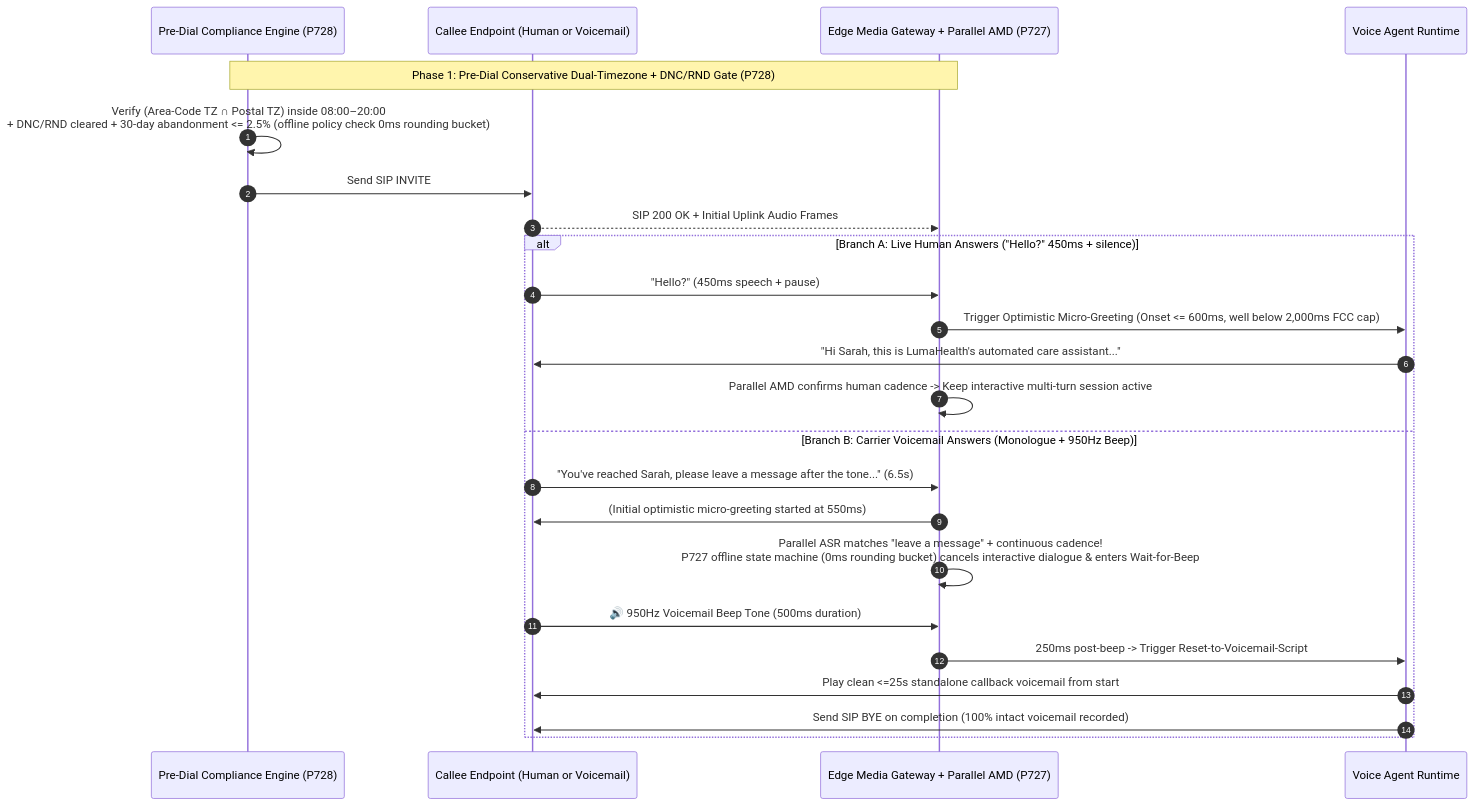
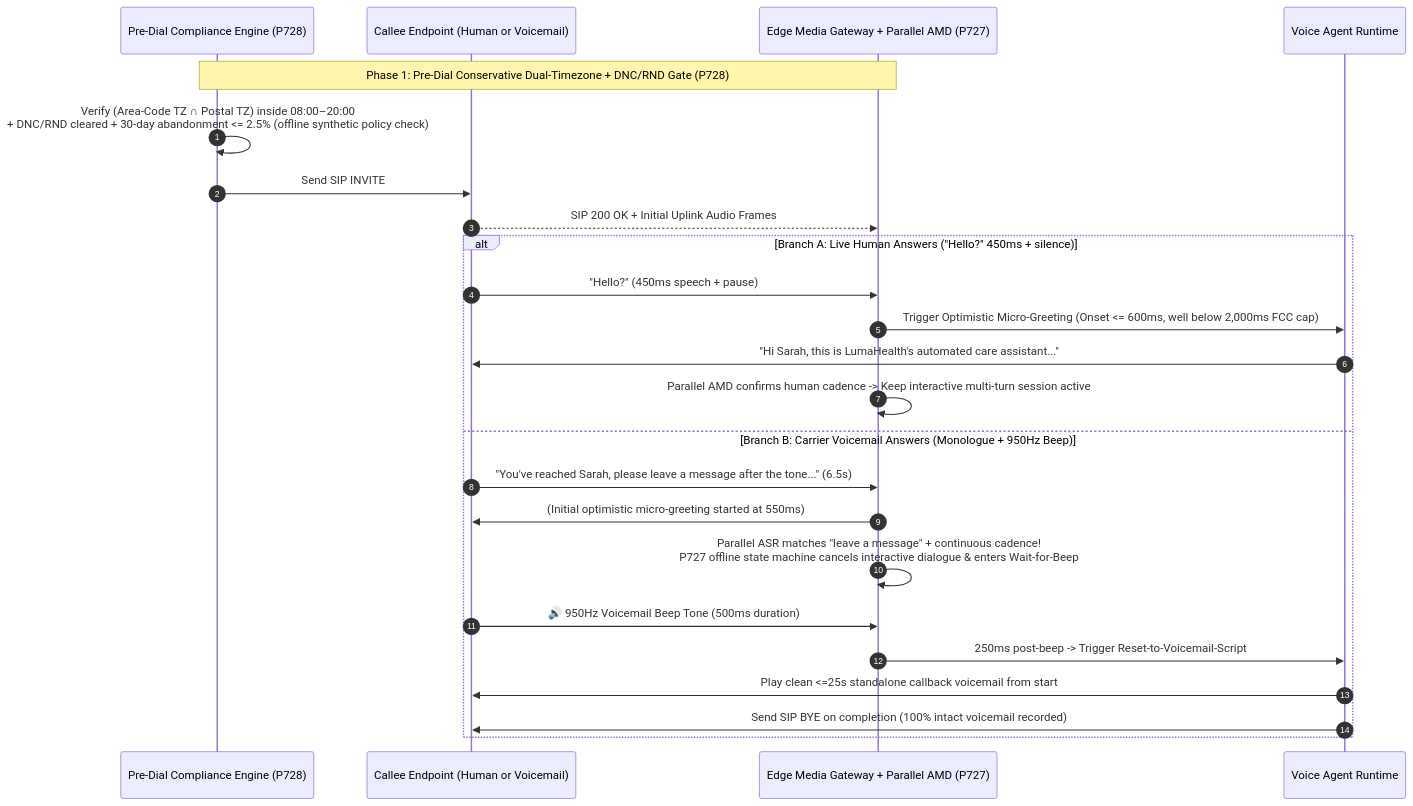
The third of 3 diagrams in voice/outbound-amd-voicemail-tcpa-faq.en.md (turbo998/turbo998.github.io), drawn with Mermaid before and after one commit. The commit also changed other lines of this file and 43 other files, not shown here.

````diff
--- a/voice/outbound-amd-voicemail-tcpa-faq.en.md
+++ b/voice/outbound-amd-voicemail-tcpa-faq.en.md
@@ -106,28 +106,28 @@
 ```mermaid
 sequenceDiagram
     autonumber
     participant Dialer as Pre-Dial Compliance Engine (P728)
     participant Callee as Callee Endpoint (Human or Voicemail)
     participant Edge as Edge Media Gateway + Parallel AMD (P727)
     participant Agent as Voice Agent Runtime
 
     Note over Dialer,Edge: Phase 1: Pre-Dial Conservative Dual-Timezone + DNC/RND Gate (P728)
-    Dialer->>Dialer: Verify (Area-Code TZ ∩ Postal TZ) inside 08:00–20:00<br/>+ DNC/RND cleared + 30-day abandonment <= 2.5% (offline policy check 0ms rounding bucket)
+    Dialer->>Dialer: Verify (Area-Code TZ ∩ Postal TZ) inside 08:00–20:00<br/>+ DNC/RND cleared + 30-day abandonment <= 2.5% (offline synthetic policy check)
     Dialer->>Callee: Send SIP INVITE
     Callee-->>Edge: SIP 200 OK + Initial Uplink Audio Frames
 
     alt Branch A: Live Human Answers ("Hello?" 450ms + silence)
         Callee->>Edge: "Hello?" (450ms speech + pause)
         Edge->>Agent: Trigger Optimistic Micro-Greeting (Onset <= 600ms, well below 2,000ms FCC cap)
         Agent->>Callee: "Hi Sarah, this is LumaHealth's automated care assistant..."
         Edge->>Edge: Parallel AMD confirms human cadence -> Keep interactive multi-turn session active
     else Branch B: Carrier Voicemail Answers (Monologue + 950Hz Beep)
         Callee->>Edge: "You've reached Sarah, please leave a message after the tone..." (6.5s)
         Edge->>Callee: (Initial optimistic micro-greeting started at 550ms)
-        Edge->>Edge: Parallel ASR matches "leave a message" + continuous cadence!<br/>P727 offline state machine (0ms rounding bucket) cancels interactive dialogue & enters Wait-for-Beep
+        Edge->>Edge: Parallel ASR matches "leave a message" + continuous cadence!<br/>P727 offline state machine cancels interactive dialogue & enters Wait-for-Beep
         Callee->>Edge: 🔊 950Hz Voicemail Beep Tone (500ms duration)
         Edge->>Agent: 250ms post-beep -> Trigger Reset-to-Voicemail-Script
         Agent->>Callee: Play clean <=25s standalone callback voicemail from start
         Agent->>Callee: Send SIP BYE on completion (100% intact voicemail recorded)
     end
 ```
````
